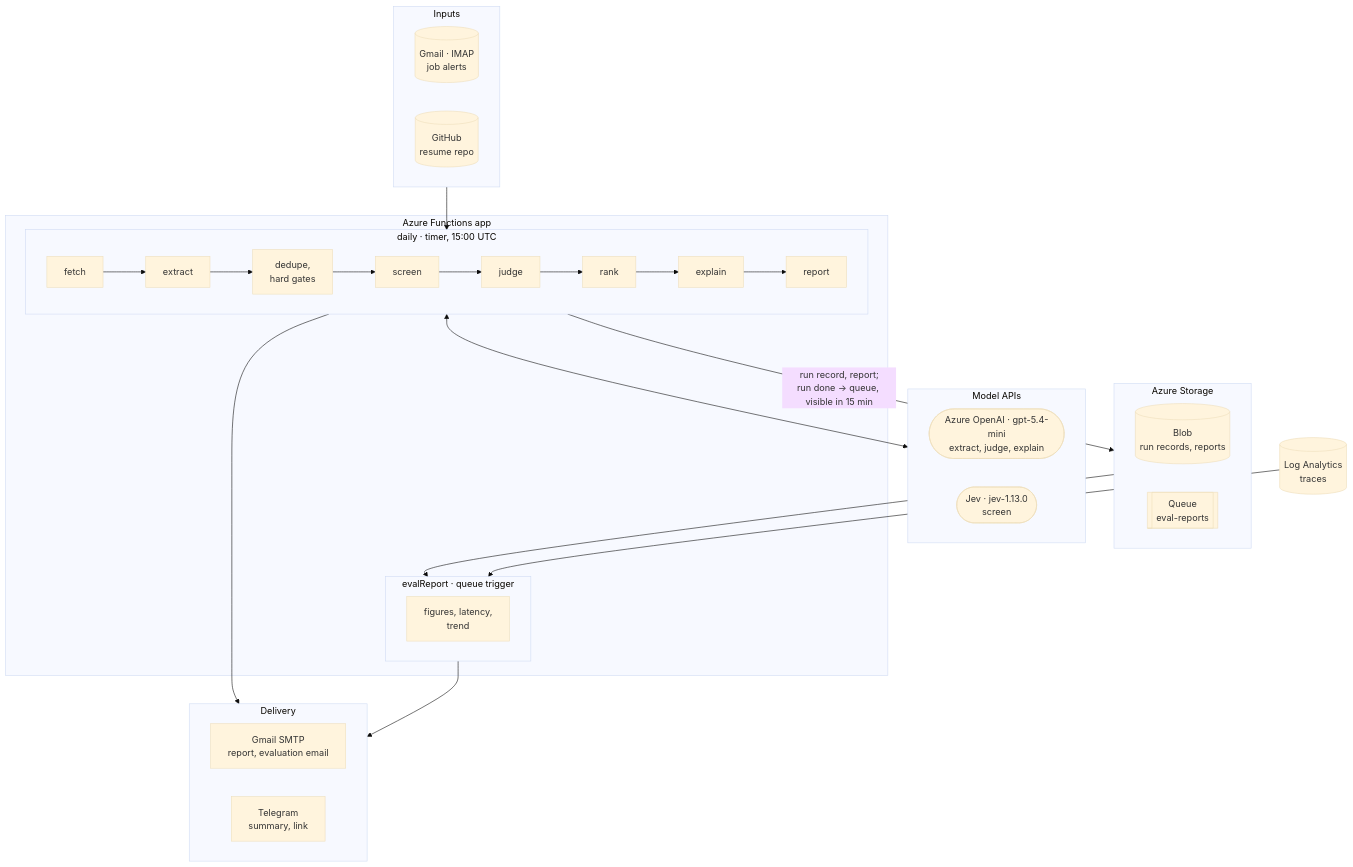
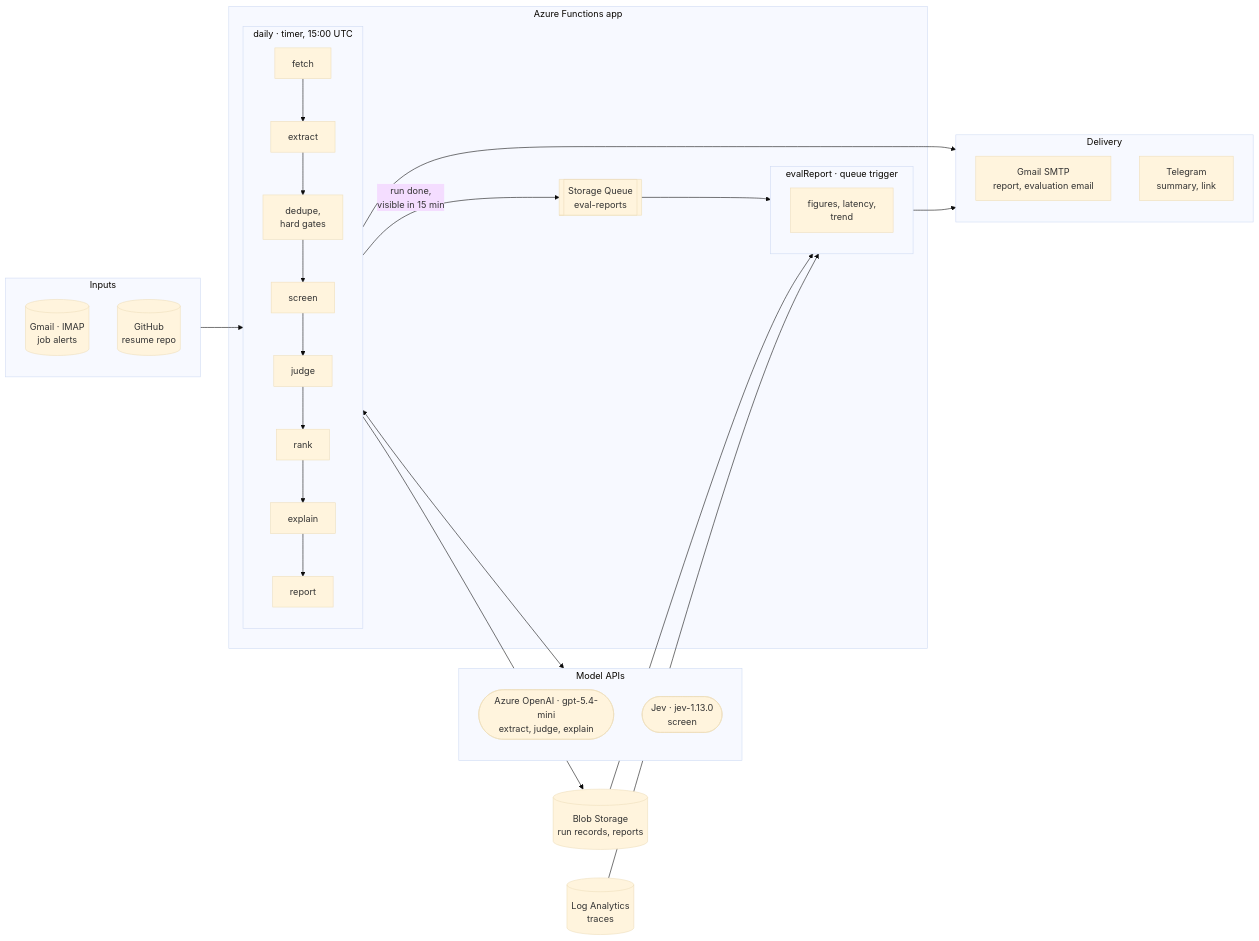
One commit to PCBZ/job-scan changed the diagram in README.md. Above: the diagram before and after it, drawn with Mermaid (base theme).

Commit message:
docs(readme): architecture left to right, the queue between the two functions

````diff
--- a/README.md
+++ b/README.md
@@ -29,47 +29,38 @@
 ```mermaid
-flowchart TB
+flowchart LR
   subgraph inputs [Inputs]
-    direction LR
     gmail[(Gmail · IMAP<br/>job alerts)]
     github[(GitHub<br/>resume repo)]
   end
 
-  subgraph app [Azure Functions app]
-    subgraph daily ["daily · timer, 15:00 UTC"]
-      direction LR
-      fetch --> extract --> gates[dedupe,<br/>hard gates] --> screen --> judge --> rank --> explain --> report
-    end
-    subgraph evalfn ["evalReport · queue trigger"]
-      direction LR
-      evaluate[figures, latency,<br/>trend]
-    end
-  end
-
   subgraph apis [Model APIs]
-    direction LR
     openai([Azure OpenAI · gpt-5.4-mini<br/>extract, judge, explain])
     jev([Jev · jev-1.13.0<br/>screen])
   end
 
-  subgraph storage [Azure Storage]
-    direction LR
-    blob[(Blob<br/>run records, reports)]
-    queue[[Queue<br/>eval-reports]]
+  subgraph app [Azure Functions app]
+    subgraph daily ["daily · timer, 15:00 UTC"]
+      fetch --> extract --> gates[dedupe,<br/>hard gates] --> screen --> judge --> rank --> explain --> report
+    end
+    queue[[Storage Queue<br/>eval-reports]]
+    subgraph evalfn ["evalReport · queue trigger"]
+      evaluate[figures, latency,<br/>trend]
+    end
+    daily -- "run done,<br/>visible in 15 min" --> queue --> evalfn
   end
 
+  blob[(Blob Storage<br/>run records, reports)]
+  logs[(Log Analytics<br/>traces)]
+
   subgraph out [Delivery]
-    direction LR
     smtp[Gmail SMTP<br/>report, evaluation email]
     tg[Telegram<br/>summary, link]
   end
 
-  logs[(Log Analytics<br/>traces)]
-
   inputs --> daily
   daily <--> apis
-  daily -- "run record, report;<br/>run done → queue, visible in 15 min" --> storage
-  storage --> evalfn
+  daily --> blob --> evalfn
   logs --> evalfn
   daily --> out
   evalfn --> out
 ```
````
